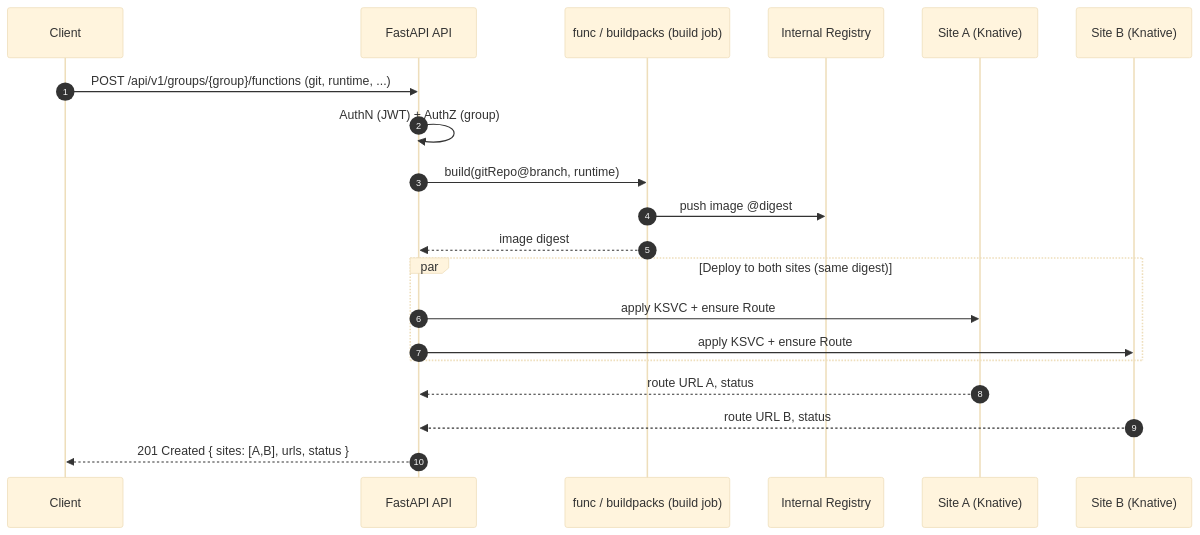
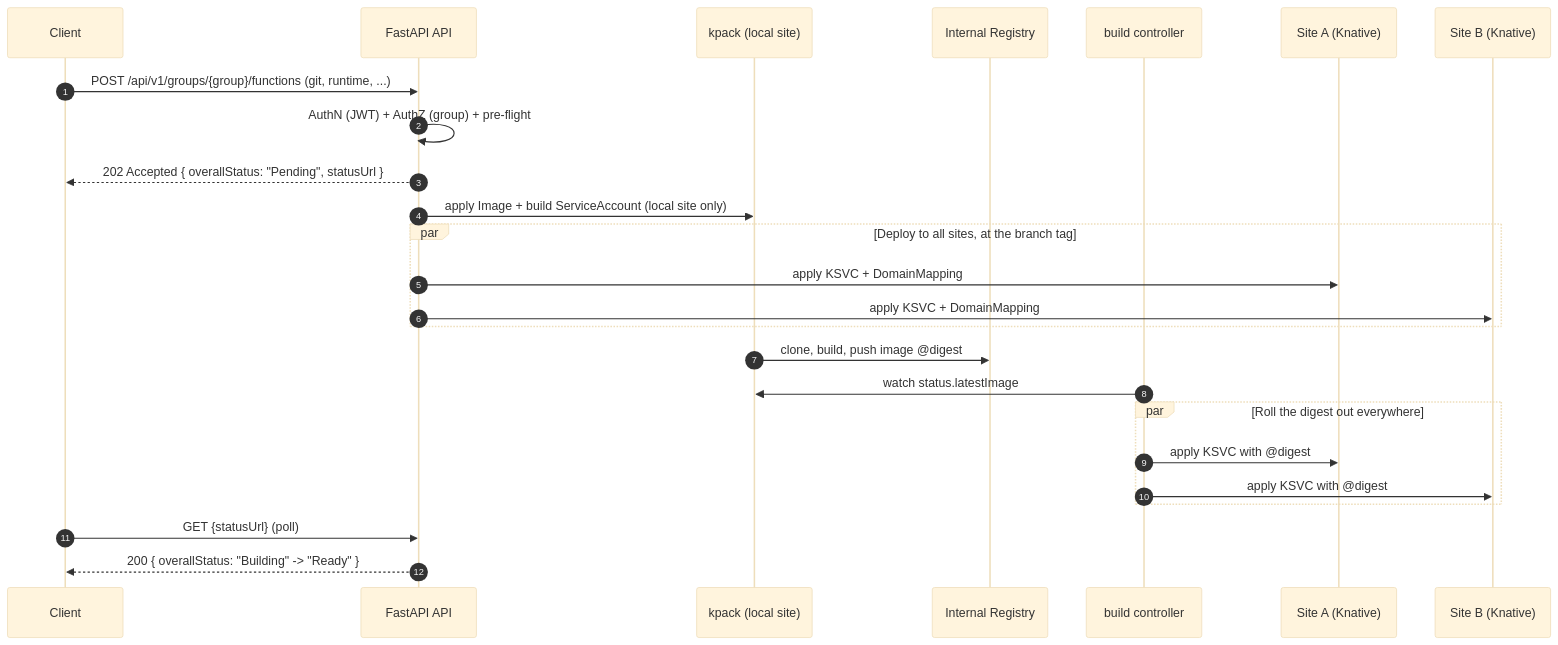
The diagram in docs/FUNCTIONS.md (black-cloudlet/serverless), drawn with Mermaid (base theme) before and after one commit. The commit also changed other lines of this file and 21 other files, not shown here.

````diff
--- a/docs/FUNCTIONS.md
+++ b/docs/FUNCTIONS.md
@@ -43,23 +56,28 @@
 ```mermaid
 sequenceDiagram
     autonumber
     participant U as Client
     participant API as FastAPI API
-    participant Build as func / buildpacks (build job)
+    participant KP as kpack (local site)
     participant Reg as Internal Registry
+    participant BC as build controller
     participant ZA as Site A (Knative)
     participant ZB as Site B (Knative)
 
     U->>API: POST /api/v1/groups/{group}/functions (git, runtime, ...)
-    API->>API: AuthN (JWT) + AuthZ (group)
-    API->>Build: build(gitRepo@branch, runtime)
-    Build->>Reg: push image @digest
-    Build-->>API: image digest
-    par Deploy to both sites (same digest)
-        API->>ZA: apply KSVC + ensure Route
-        API->>ZB: apply KSVC + ensure Route
+    API->>API: AuthN (JWT) + AuthZ (group) + pre-flight
+    API-->>U: 202 Accepted { overallStatus: "Pending", statusUrl }
+    API->>KP: apply Image + build ServiceAccount (local site only)
+    par Deploy to all sites, at the branch tag
+        API->>ZA: apply KSVC + DomainMapping
+        API->>ZB: apply KSVC + DomainMapping
     end
-    ZA-->>API: route URL A, status
-    ZB-->>API: route URL B, status
-    API-->>U: 201 Created { sites: [A,B], urls, status }
+    KP->>Reg: clone, build, push image @digest
+    BC->>KP: watch status.latestImage
+    par Roll the digest out everywhere
+        BC->>ZA: apply KSVC with @digest
+        BC->>ZB: apply KSVC with @digest
+    end
+    U->>API: GET {statusUrl} (poll)
+    API-->>U: 200 { overallStatus: "Building" -> "Ready" }
 ```
````
